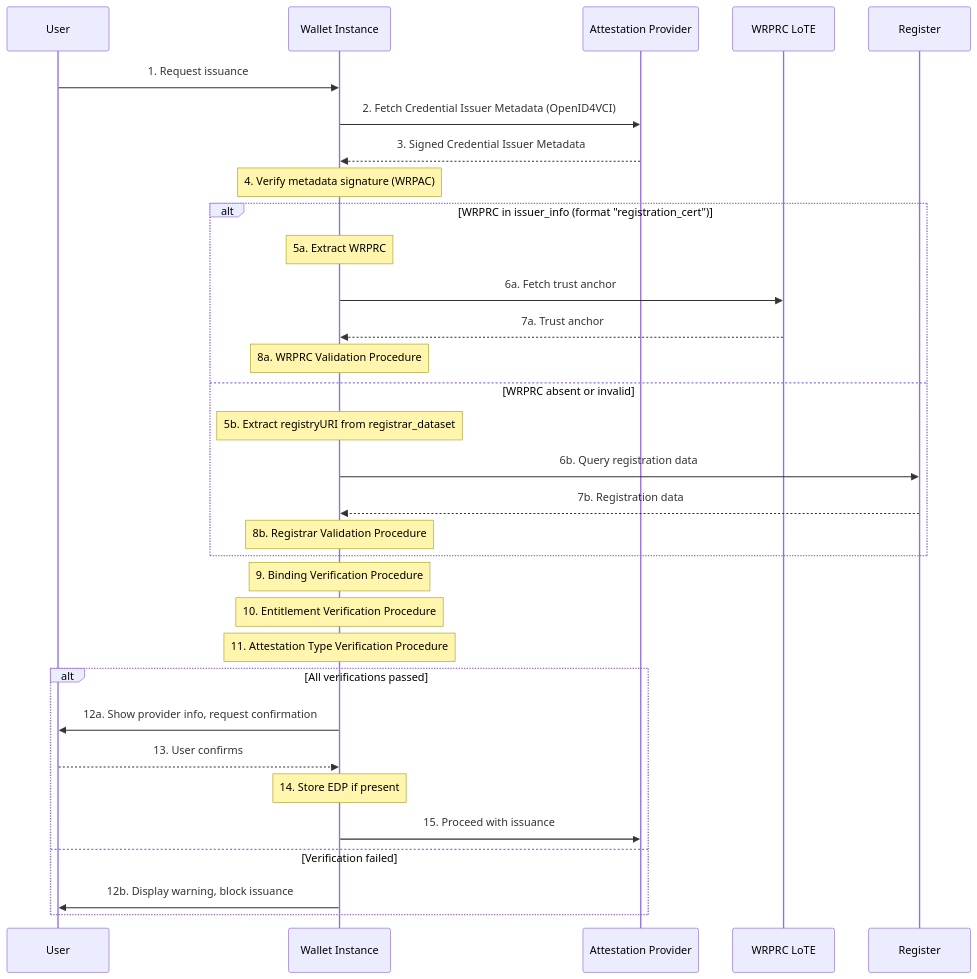
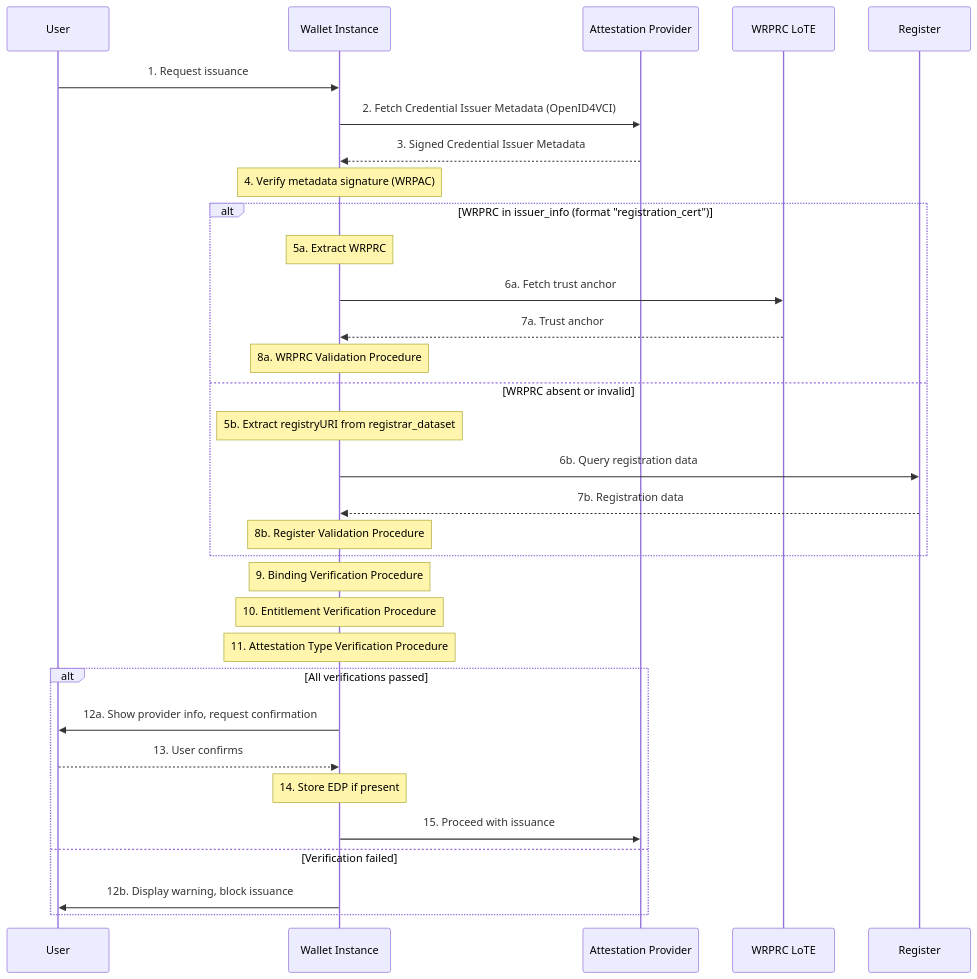
The second of 4 diagrams in topics/authorization-process.md (APTITUDE-Consortium/wp2-trust-specifications), drawn with Mermaid before and after one commit. The commit also changed other lines of this file and 2 other files, not shown here.

````diff
--- a/topics/authorization-process.md
+++ b/topics/authorization-process.md
@@ -426,40 +418,40 @@
 ```mermaid
 sequenceDiagram
     %%autonumber
     participant User
     participant WI as Wallet Instance
     participant AP as Attestation Provider
     participant TL as WRPRC LoTE
     participant Reg as Register
 
     User->>WI: 1. Request issuance
     WI->>AP: 2. Fetch Credential Issuer Metadata (OpenID4VCI)
     AP-->>WI: 3. Signed Credential Issuer Metadata
 
     Note over WI: 4. Verify metadata signature (WRPAC)
 
     alt WRPRC in issuer_info (format "registration_cert")
         Note over WI: 5a. Extract WRPRC
         WI->>TL: 6a. Fetch trust anchor
         TL-->>WI: 7a. Trust anchor
         Note over WI: 8a. WRPRC Validation Procedure
     else WRPRC absent or invalid
         Note over WI: 5b. Extract registryURI from registrar_dataset
         WI->>Reg: 6b. Query registration data
         Reg-->>WI: 7b. Registration data
-        Note over WI: 8b. Registrar Validation Procedure
+        Note over WI: 8b. Register Validation Procedure
     end
 
     Note over WI: 9. Binding Verification Procedure
     Note over WI: 10. Entitlement Verification Procedure
     Note over WI: 11. Attestation Type Verification Procedure
 
     alt All verifications passed
         WI->>User: 12a. Show provider info, request confirmation
         User-->>WI: 13. User confirms
         Note over WI: 14. Store EDP if present
         WI->>AP: 15. Proceed with issuance
     else Verification failed
         WI->>User: 12b. Display warning, block issuance
     end
 ```
````
